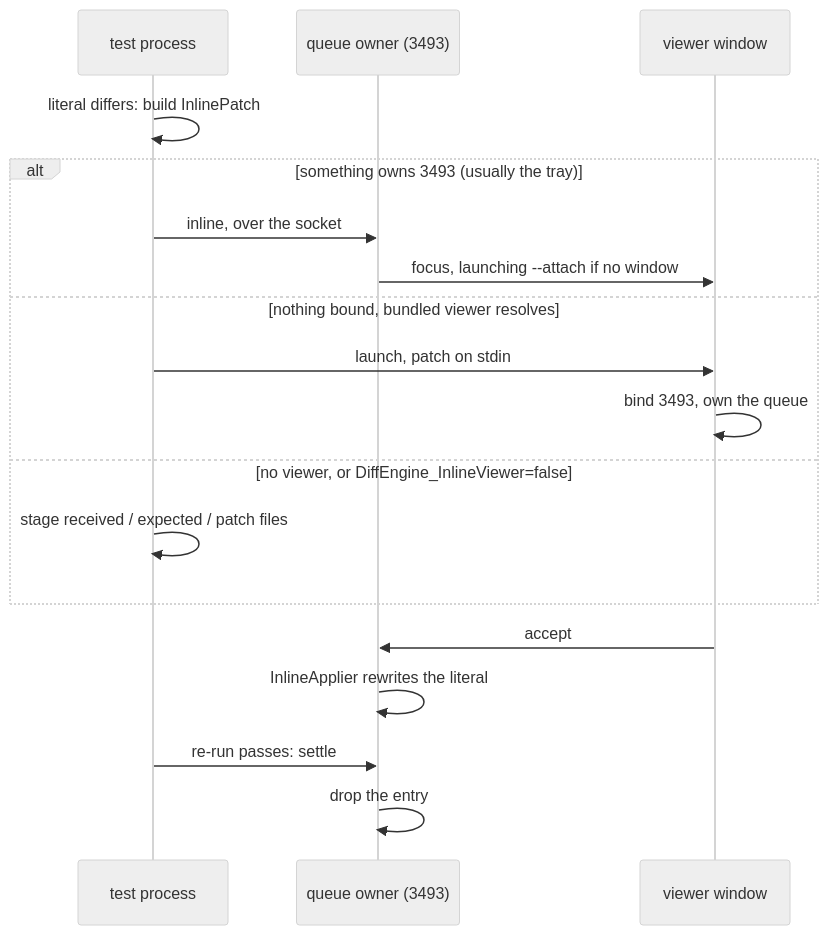
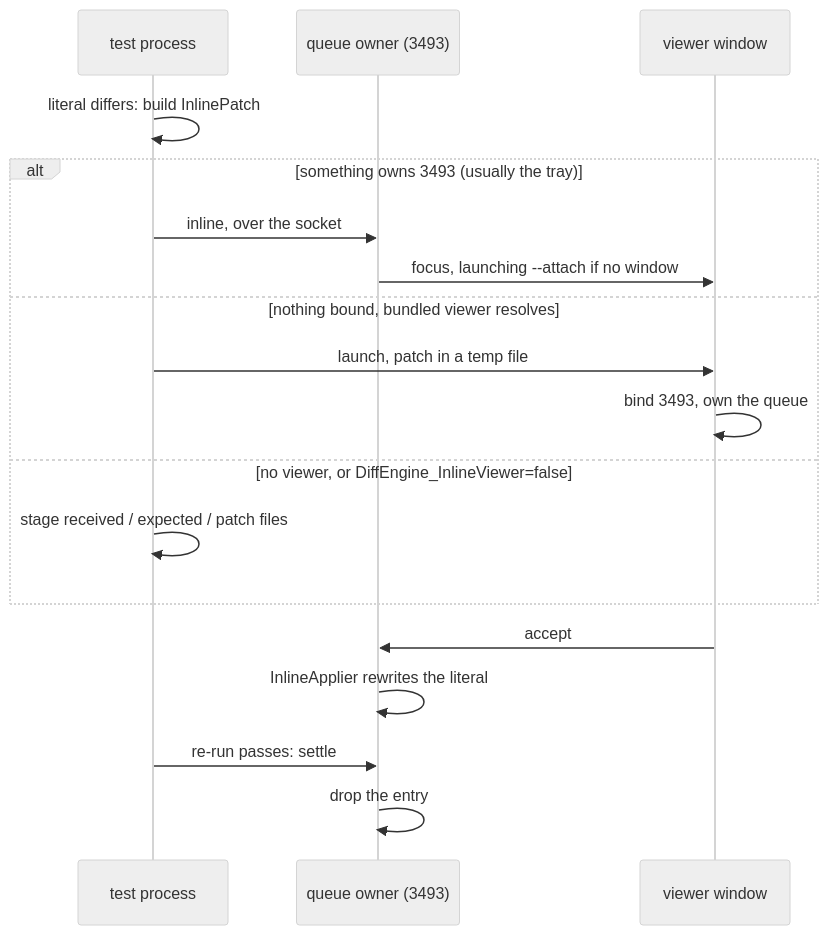
The second of 2 diagrams in docs/inline.md (VerifyTests/DiffEngine), drawn with Mermaid (neutral theme) before and after one commit. The commit also changed other lines of this file and 31 other files, not shown here.

````diff
--- a/docs/inline.md
+++ b/docs/inline.md
@@ -45,21 +45,21 @@
 ```mermaid
 sequenceDiagram
     participant Test as test process
     participant Owner as queue owner (3493)
     participant Window as viewer window
 
     Test->>Test: literal differs: build InlinePatch
     alt something owns 3493 (usually the tray)
         Test->>Owner: inline, over the socket
         Owner->>Window: focus, launching --attach if no window
     else nothing bound, bundled viewer resolves
-        Test->>Window: launch, patch on stdin
+        Test->>Window: launch, patch in a temp file
         Window->>Window: bind 3493, own the queue
     else no viewer, or DiffEngine_InlineViewer=false
         Test->>Test: stage received / expected / patch files
     end
     Window->>Owner: accept
     Owner->>Owner: InlineApplier rewrites the literal
     Test->>Owner: re-run passes: settle
     Owner->>Owner: drop the entry
 ```
````
